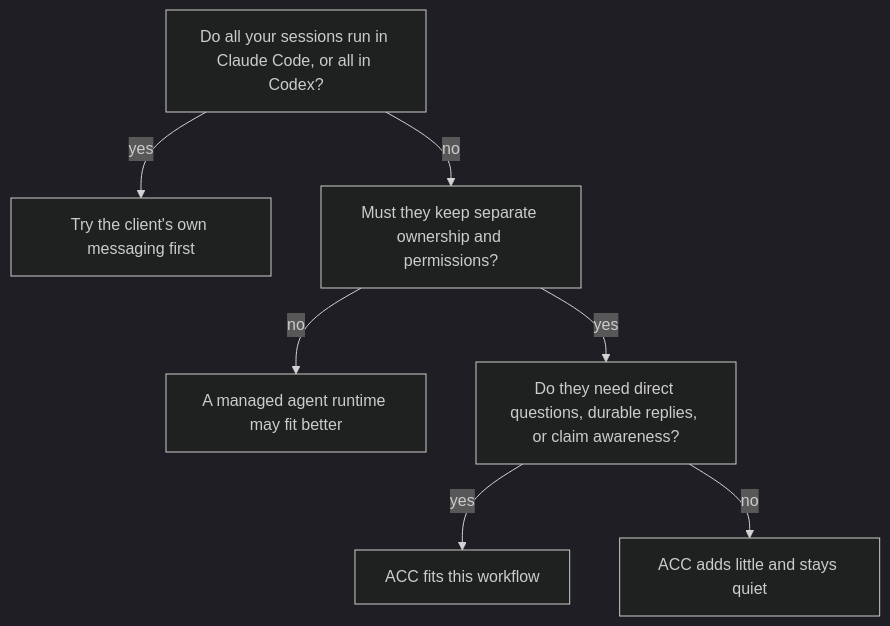
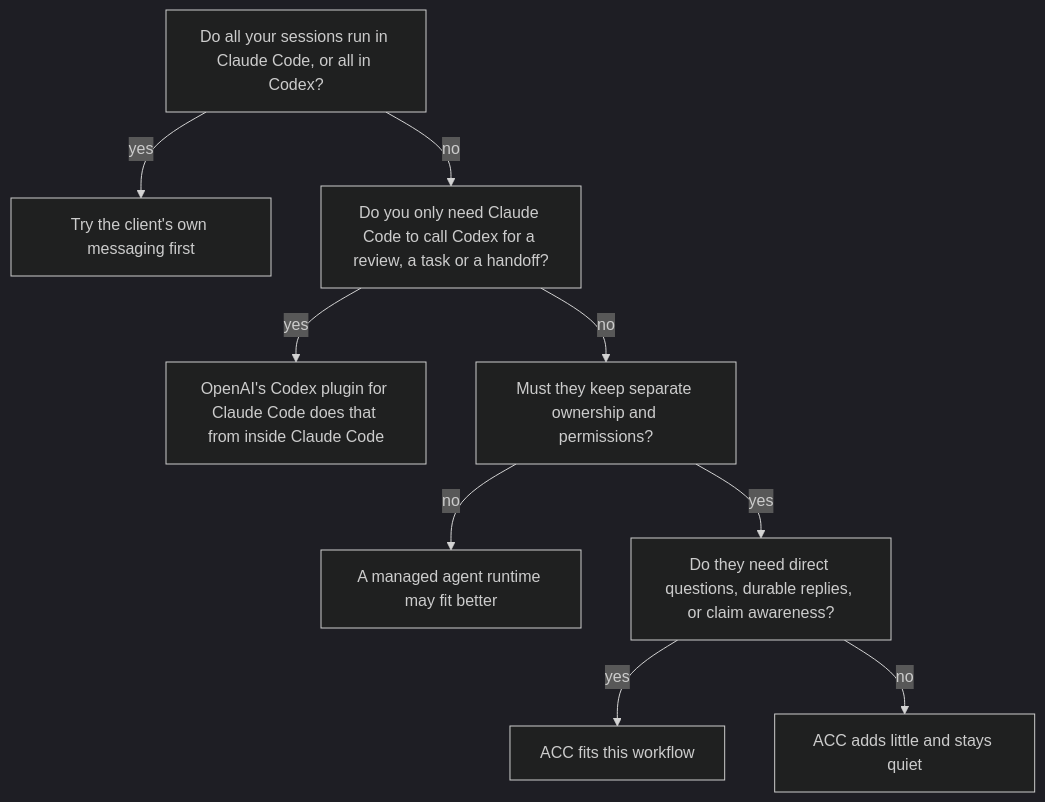
Before and after one commit to automatis-tools/agents-can-communicate: the diagram in docs/WHY_ACC.md, drawn with Mermaid (dark theme). The commit also changed other lines of this file and 2 other files, not shown here.

````diff
--- a/docs/WHY_ACC.md
+++ b/docs/WHY_ACC.md
@@ -22,9 +25,11 @@
 ```mermaid
 flowchart TD
   A["Do all your sessions run in Claude Code, or all in Codex?"] -->|yes| V["Try the client's own messaging first"]
-  A -->|no| B["Must they keep separate ownership and permissions?"]
+  A -->|no| A2["Do you only need Claude Code to call Codex for a review, a task or a handoff?"]
+  A2 -->|yes| P["OpenAI's Codex plugin for Claude Code does that from inside Claude Code"]
+  A2 -->|no| B["Must they keep separate ownership and permissions?"]
   B -->|no| M["A managed agent runtime may fit better"]
   B -->|yes| C["Do they need direct questions, durable replies, or claim awareness?"]
   C -->|yes| Y["ACC fits this workflow"]
   C -->|no| N["ACC adds little and stays quiet"]
 ```
````
